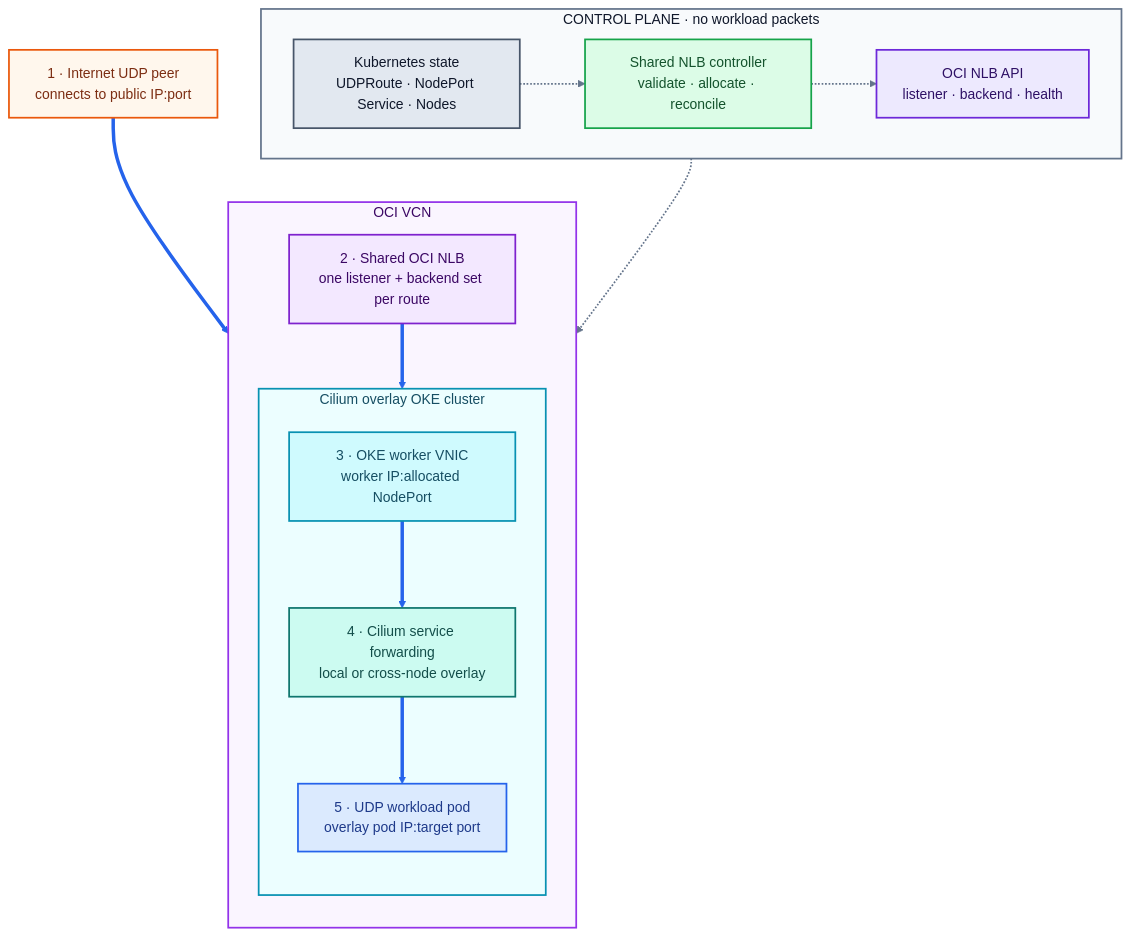
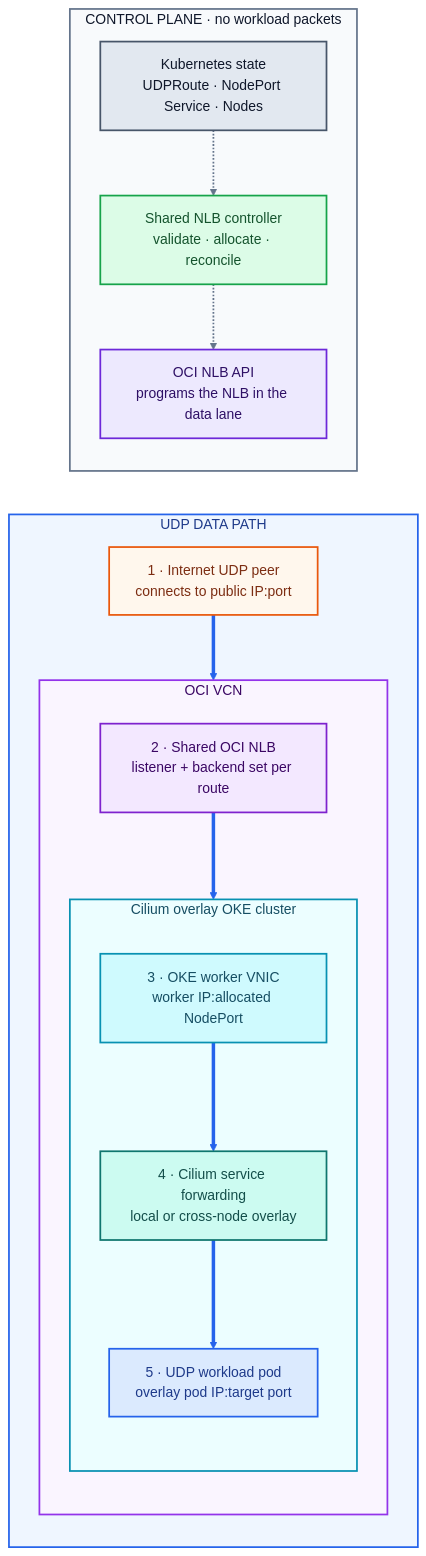
One commit to RyanHelferich/oci-shared-nlb-gateway-controller changed the second of 3 diagrams in README.md. Above: the diagram before and after it, drawn with Mermaid. The commit also changed other lines of this file, not shown here.

Commit message:
Align README architecture lanes

````diff
--- a/README.md
+++ b/README.md
@@ -83,45 +87,49 @@
 ```mermaid
-flowchart TB
-  peer["1 · Internet UDP peer<br/>connects to public IP:port"]:::external
+flowchart LR
+  subgraph dataplane["UDP DATA PATH"]
+    direction TB
+    peer["1 · Internet UDP peer<br/>connects to public IP:port"]:::external
 
-  subgraph vcn["OCI VCN"]
-    direction TB
-    nlb["2 · Shared OCI NLB<br/>one listener + backend set per route"]:::oci
+    subgraph vcn["OCI VCN"]
+      direction TB
+      nlb["2 · Shared OCI NLB<br/>listener + backend set per route"]:::oci
 
-    subgraph oke["Cilium overlay OKE cluster"]
-      direction TB
-      worker["3 · OKE worker VNIC<br/>worker IP:allocated NodePort"]:::worker
-      cilium["4 · Cilium service forwarding<br/>local or cross-node overlay"]:::network
-      pod["5 · UDP workload pod<br/>overlay pod IP:target port"]:::workload
+      subgraph oke["Cilium overlay OKE cluster"]
+        direction TB
+        worker["3 · OKE worker VNIC<br/>worker IP:allocated NodePort"]:::worker
+        cilium["4 · Cilium service forwarding<br/>local or cross-node overlay"]:::network
+        pod["5 · UDP workload pod<br/>overlay pod IP:target port"]:::workload
+      end
     end
+
+    peer ==> nlb
+    nlb ==> worker
+    worker ==> cilium
+    cilium ==> pod
   end
 
   subgraph control["CONTROL PLANE · no workload packets"]
-    direction LR
+    direction TB
     desired["Kubernetes state<br/>UDPRoute · NodePort Service · Nodes"]:::k8s
     ctl["Shared NLB controller<br/>validate · allocate · reconcile"]:::controller
-    ociapi["OCI NLB API<br/>listener · backend · health"]:::ociapi
+    ociapi["OCI NLB API<br/>programs the NLB in the data lane"]:::ociapi
+
+    desired -.-> ctl
+    ctl -.-> ociapi
   end
-
-  peer ==> nlb
-  nlb ==> worker
-  worker ==> cilium
-  cilium ==> pod
-  desired -.-> ctl
-  ctl -.-> ociapi
-  ociapi -.-> nlb
 
   classDef external fill:#fff7ed,stroke:#ea580c,color:#7c2d12,stroke-width:2px;
   classDef oci fill:#f3e8ff,stroke:#7e22ce,color:#3b0764,stroke-width:2px;
   classDef ociapi fill:#ede9fe,stroke:#6d28d9,color:#2e1065,stroke-width:2px;
   classDef k8s fill:#e2e8f0,stroke:#475569,color:#0f172a,stroke-width:2px;
   classDef controller fill:#dcfce7,stroke:#16a34a,color:#14532d,stroke-width:2px;
   classDef worker fill:#cffafe,stroke:#0891b2,color:#164e63,stroke-width:2px;
   classDef network fill:#ccfbf1,stroke:#0f766e,color:#134e4a,stroke-width:2px;
   classDef workload fill:#dbeafe,stroke:#2563eb,color:#1e3a8a,stroke-width:2px;
+  style dataplane fill:#eff6ff,stroke:#2563eb,stroke-width:2px,color:#1e3a8a
   style vcn fill:#faf5ff,stroke:#9333ea,stroke-width:2px,color:#3b0764
   style oke fill:#ecfeff,stroke:#0891b2,stroke-width:2px,color:#164e63
   style control fill:#f8fafc,stroke:#64748b,stroke-width:2px,color:#0f172a
   linkStyle 0,1,2,3 stroke:#2563eb,stroke-width:4px;
-  linkStyle 4,5,6 stroke:#64748b,stroke-width:2px;
+  linkStyle 4,5 stroke:#64748b,stroke-width:2px;
 ```
````
